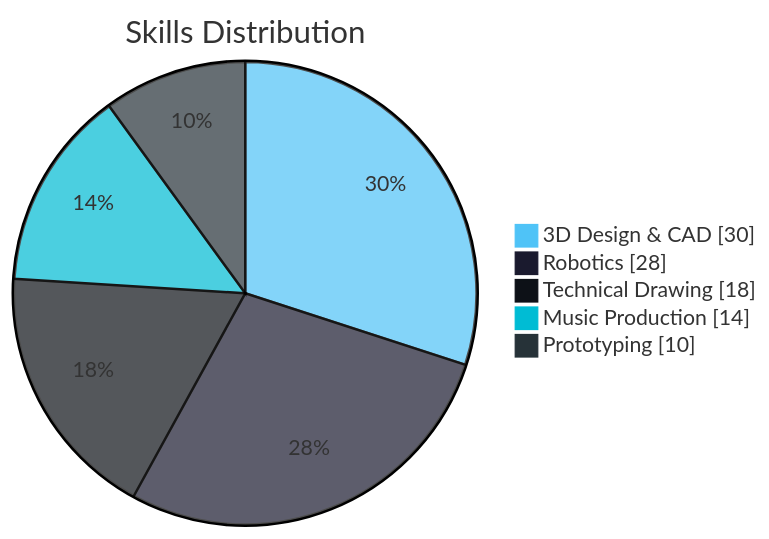
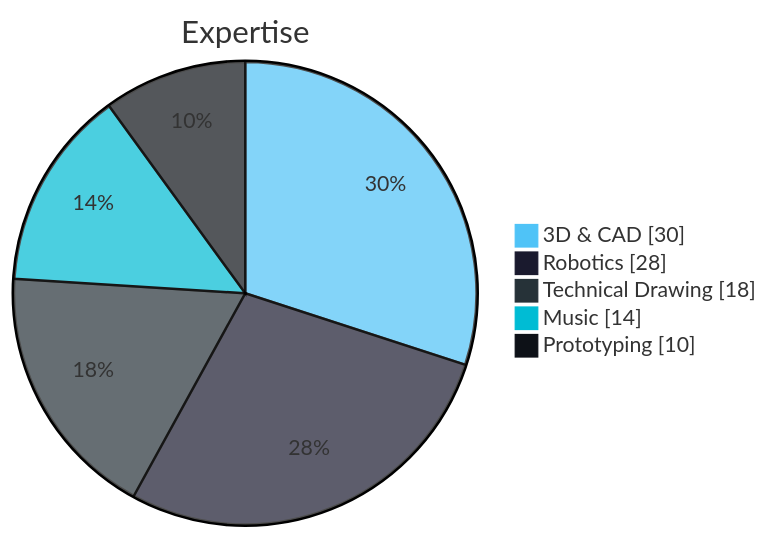
One commit to nasblor/nasblor changed the second of 3 diagrams in readme.md. Above: the diagram before and after it, drawn with Mermaid. The commit also changed other lines of this file, not shown here.

````diff
--- a/readme.md
+++ b/readme.md
@@ -47,10 +68,10 @@
 ```mermaid
-%%{init: {'theme': 'base', 'themeVariables': { 'pie1': '#4FC3F7', 'pie2': '#1a1a2e', 'pie3': '#0D1117', 'pie4': '#00BCD4', 'pie5': '#263238'}}}%%
+%%{init: {'theme': 'base', 'themeVariables': { 'pie1': '#4FC3F7', 'pie2': '#1a1a2e', 'pie3': '#263238', 'pie4': '#00BCD4', 'pie5': '#0D1117'}}}%%
 pie showData
-    title Skills Distribution
-    "3D Design & CAD" : 30
+    title Expertise
+    "3D & CAD" : 30
     "Robotics" : 28
     "Technical Drawing" : 18
-    "Music Production" : 14
+    "Music" : 14
     "Prototyping" : 10
 ```
````
